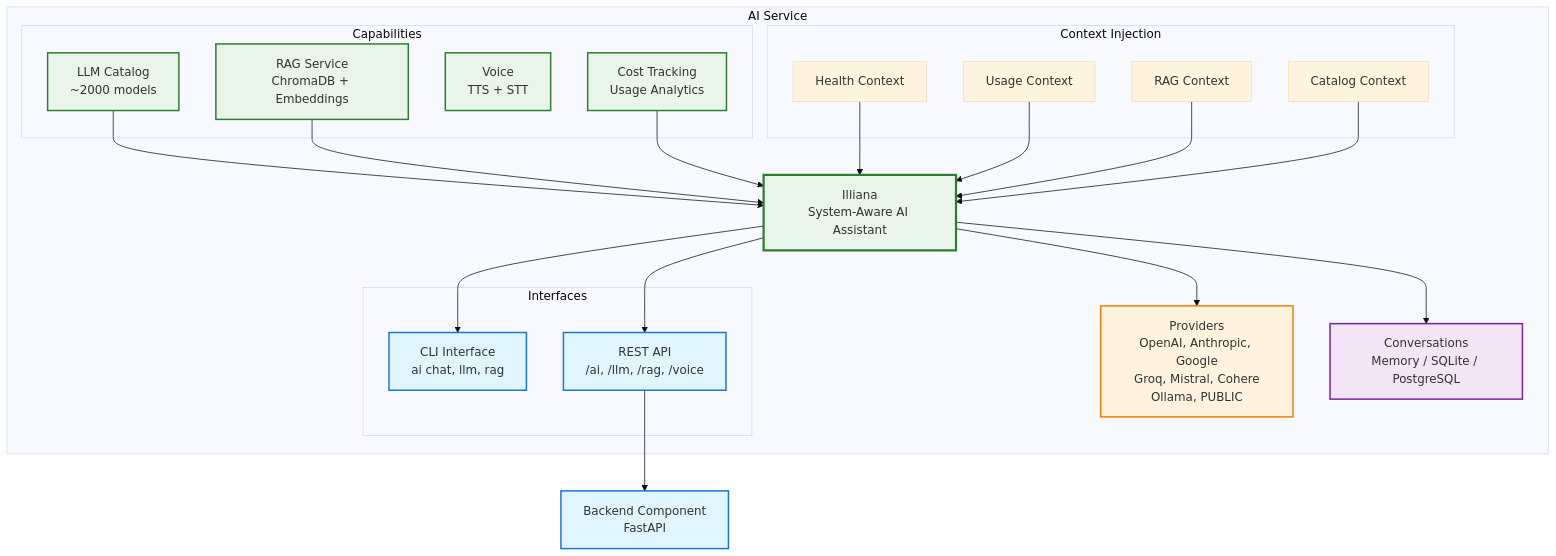
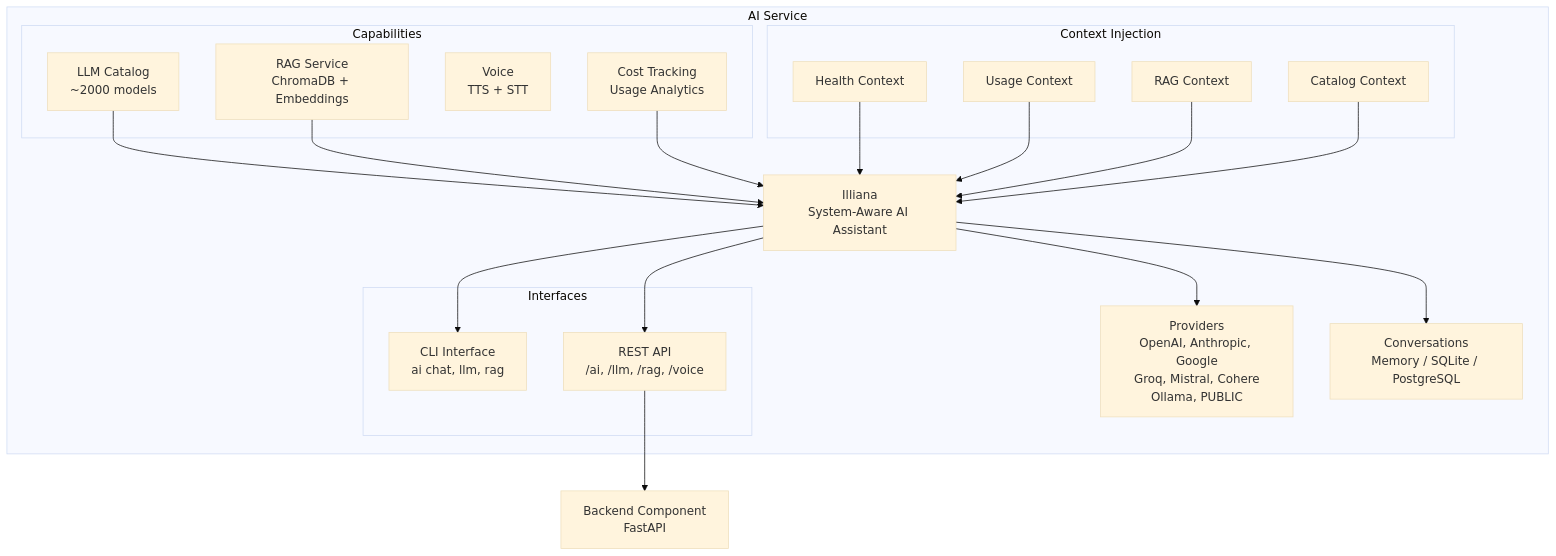
Before and after one commit to bhardwajRahul/aegis-stack: the diagram in docs/services/ai/illiana.md, drawn with Mermaid (base theme). The commit also changed 26 other files, not shown here.

````diff
--- a/docs/services/ai/illiana.md
+++ b/docs/services/ai/illiana.md
@@ -20,54 +20,44 @@
 ```mermaid
 graph TB
     subgraph "AI Service"
-        Illiana[Illiana<br/>System-Aware AI Assistant]
+        Illiana["Illiana<br/>System-Aware AI Assistant"]
 
         subgraph "Interfaces"
-            CLI[CLI Interface<br/>ai chat, llm, rag]
-            API[REST API<br/>/ai, /llm, /rag, /voice]
+            CLI["CLI Interface<br/>ai chat, llm, rag"]
+            API["REST API<br/>/ai, /llm, /rag, /voice"]
         end
 
         subgraph "Capabilities"
-            Catalog[LLM Catalog<br/>~2000 models]
-            RAG[RAG Service<br/>ChromaDB + Embeddings]
-            Voice[Voice<br/>TTS + STT]
-            Usage[Cost Tracking<br/>Usage Analytics]
+            Catalog["LLM Catalog<br/>~2000 models"]
+            RAG["RAG Service<br/>ChromaDB + Embeddings"]
+            Voice["Voice<br/>TTS + STT"]
+            Usage["Cost Tracking<br/>Usage Analytics"]
         end
 
         subgraph "Context Injection"
             Health[Health Context]
             UsageCtx[Usage Context]
             RAGCtx[RAG Context]
             CatalogCtx[Catalog Context]
         end
 
-        Providers[Providers<br/>OpenAI, Anthropic, Google<br/>Groq, Mistral, Cohere<br/>Ollama, PUBLIC]
-        Conv[Conversations<br/>Memory / SQLite / PostgreSQL]
+        Providers["Providers<br/>OpenAI, Anthropic, Google<br/>Groq, Mistral, Cohere<br/>Ollama, PUBLIC"]
+        Conv["Conversations<br/>Memory / SQLite / PostgreSQL"]
     end
 
-    Backend[Backend Component<br/>FastAPI]
+    Backend["Backend Component<br/>FastAPI"]
 
     Illiana --> CLI
     Illiana --> API
     Illiana --> Providers
     Illiana --> Conv
     Catalog --> Illiana
     RAG --> Illiana
     Usage --> Illiana
     Health --> Illiana
     UsageCtx --> Illiana
     RAGCtx --> Illiana
     CatalogCtx --> Illiana
     API --> Backend
 
-    style Illiana fill:#e8f5e8,stroke:#2e7d32,stroke-width:3px
-    style CLI fill:#e1f5fe,stroke:#1976d2,stroke-width:2px
-    style API fill:#e1f5fe,stroke:#1976d2,stroke-width:2px
-    style Providers fill:#fff3e0,stroke:#f57c00,stroke-width:2px
-    style Conv fill:#f3e5f5,stroke:#7b1fa2,stroke-width:2px
-    style Catalog fill:#e8f5e8,stroke:#2e7d32,stroke-width:2px
-    style RAG fill:#e8f5e8,stroke:#2e7d32,stroke-width:2px
-    style Voice fill:#e8f5e8,stroke:#2e7d32,stroke-width:2px
-    style Usage fill:#e8f5e8,stroke:#2e7d32,stroke-width:2px
-    style Backend fill:#e1f5fe,stroke:#1976d2,stroke-width:2px
 ```
````
